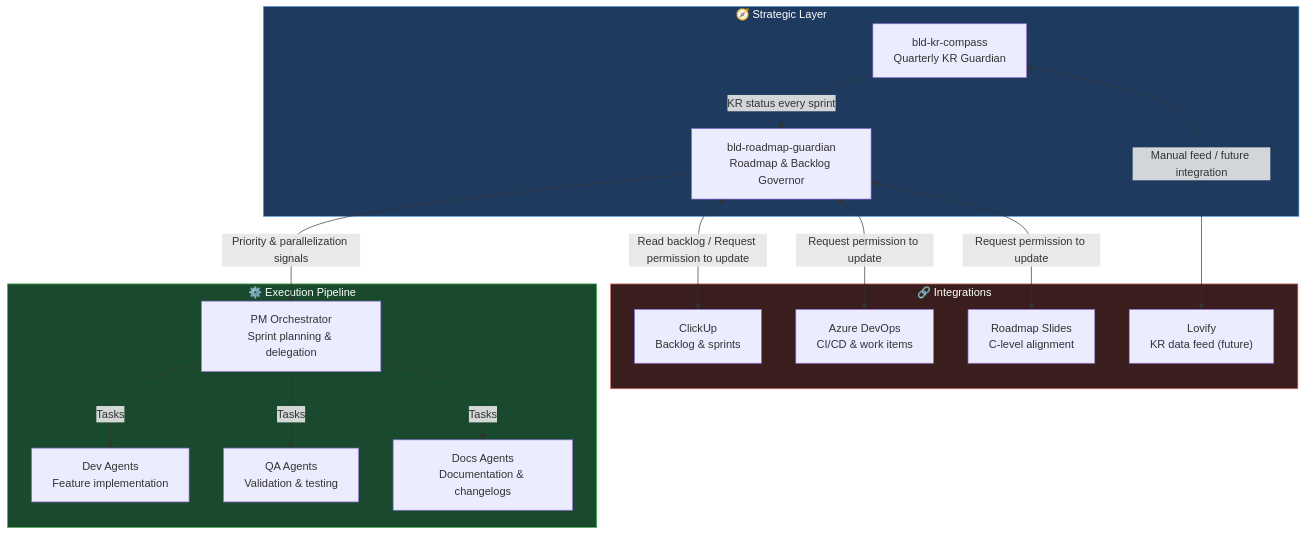
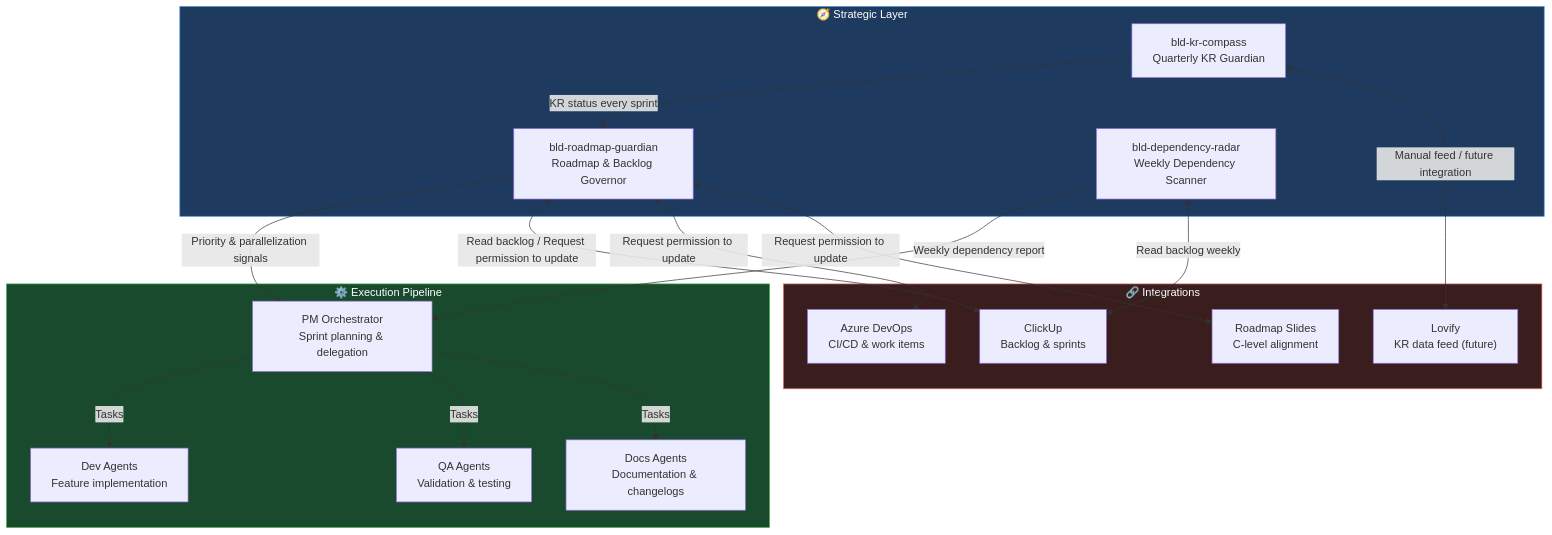
Before and after one commit to Juanboldcf/-bld-pipeline: the first of 4 diagrams in README.md, drawn with Mermaid. The commit also changed other lines of this file and 10 other files, not shown here.

````diff
--- a/README.md
+++ b/README.md
@@ -9,36 +9,39 @@
 ```mermaid
 graph TB
     subgraph STRATEGIC["🧭 Strategic Layer"]
         KRC["bld-kr-compass\nQuarterly KR Guardian"]
         RG["bld-roadmap-guardian\nRoadmap & Backlog Governor"]
+        DR["bld-dependency-radar\nWeekly Dependency Scanner"]
     end
 
     subgraph EXECUTION["⚙️ Execution Pipeline"]
         PM["PM Orchestrator\nSprint planning & delegation"]
         DEV["Dev Agents\nFeature implementation"]
         QA["QA Agents\nValidation & testing"]
         DOC["Docs Agents\nDocumentation & changelogs"]
     end
 
     subgraph INTEGRATIONS["🔗 Integrations"]
         CU["ClickUp\nBacklog & sprints"]
         ADO["Azure DevOps\nCI/CD & work items"]
         SLIDES["Roadmap Slides\nC-level alignment"]
         LOVIFY["Lovify\nKR data feed (future)"]
     end
 
     KRC -->|KR status every sprint| RG
+    DR -->|Weekly dependency report| PM
     RG -->|Priority & parallelization signals| PM
     PM -->|Tasks| DEV
     PM -->|Tasks| QA
     PM -->|Tasks| DOC
 
     RG <-->|Read backlog / Request permission to update| CU
     RG <-->|Request permission to update| ADO
     RG <-->|Request permission to update| SLIDES
+    DR <-->|Read backlog weekly| CU
     KRC <-->|Manual feed / future integration| LOVIFY
 
     style STRATEGIC fill:#1e3a5f,color:#fff,stroke:#4a90d9
     style EXECUTION fill:#1a4a2e,color:#fff,stroke:#4caf50
     style INTEGRATIONS fill:#3a1e1e,color:#fff,stroke:#e57373
 ```
````
